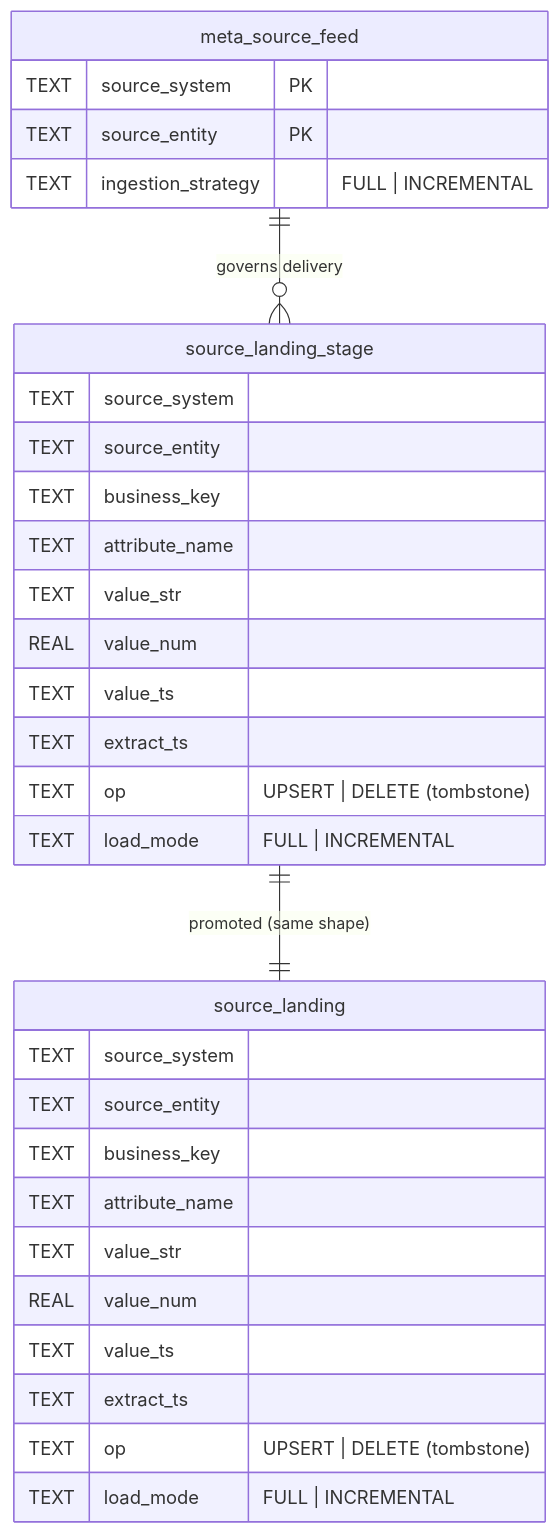
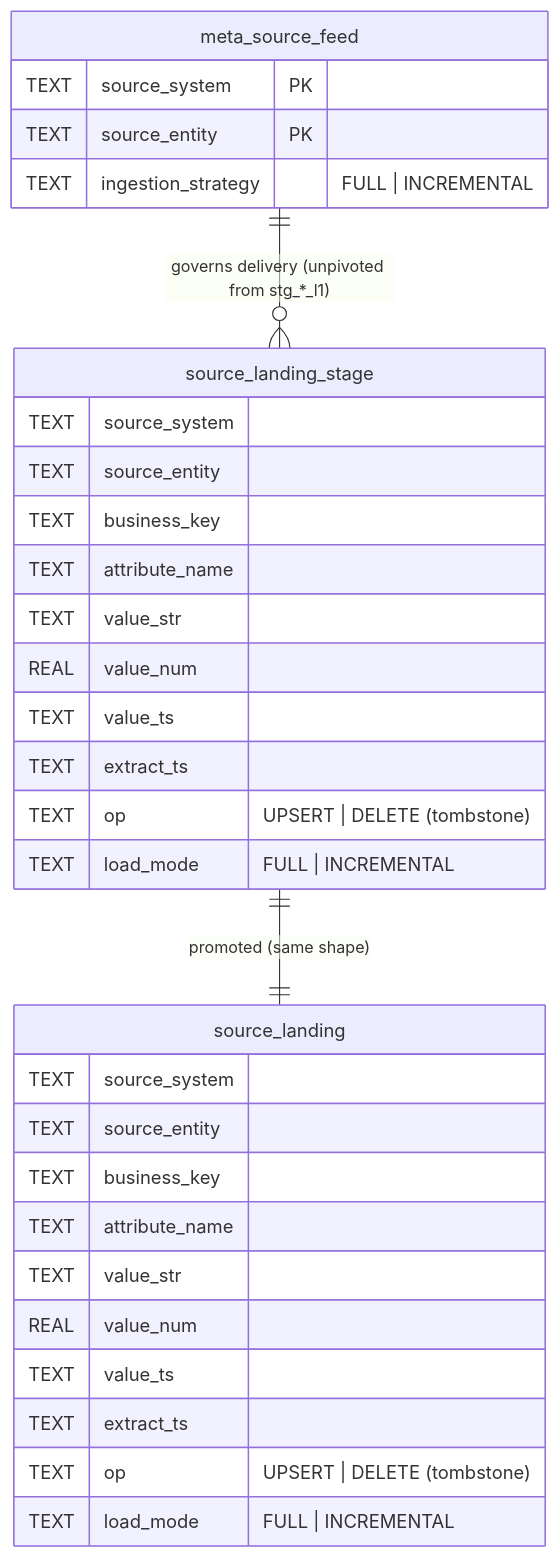
The sixth of 7 diagrams in v3_focal-point/docs/er-diagrams.md (brianmcmillan/minimum-viable-warehouse), drawn with Mermaid before and after one commit. The commit also changed other lines of this file and 27 other files, not shown here.

````diff
--- a/v3_focal-point/docs/er-diagrams.md
+++ b/v3_focal-point/docs/er-diagrams.md
@@ -330,35 +333,35 @@
 ```mermaid
 erDiagram
-    meta_source_feed        ||--o{ source_landing_stage : "governs delivery"
+    meta_source_feed        ||--o{ source_landing_stage : "governs delivery (unpivoted from stg_*_l1)"
     source_landing_stage    ||--|| source_landing       : "promoted (same shape)"
 
     meta_source_feed {
         TEXT source_system      PK
         TEXT source_entity      PK
         TEXT ingestion_strategy    "FULL | INCREMENTAL"
     }
     source_landing_stage {
         TEXT source_system
         TEXT source_entity
         TEXT business_key
         TEXT attribute_name
         TEXT value_str
         REAL value_num
         TEXT value_ts
         TEXT extract_ts
         TEXT op            "UPSERT | DELETE (tombstone)"
         TEXT load_mode     "FULL | INCREMENTAL"
     }
     source_landing {
         TEXT source_system
         TEXT source_entity
         TEXT business_key
         TEXT attribute_name
         TEXT value_str
         REAL value_num
         TEXT value_ts
         TEXT extract_ts
         TEXT op            "UPSERT | DELETE (tombstone)"
         TEXT load_mode     "FULL | INCREMENTAL"
     }
 ```
````
